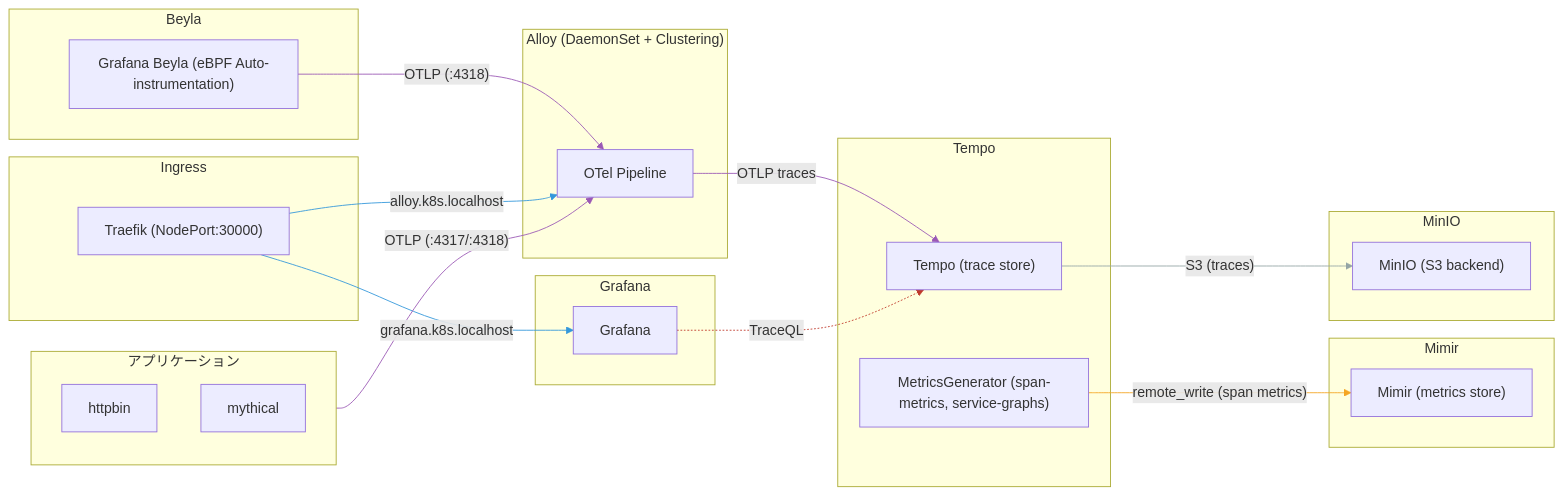
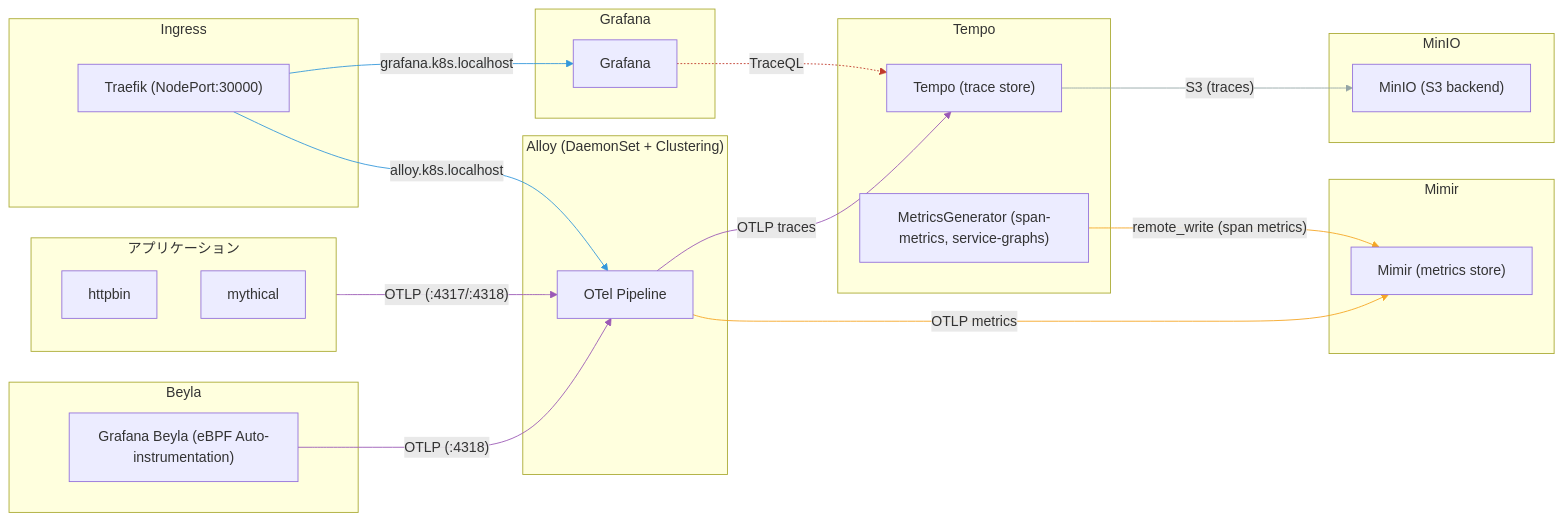
Before and after one commit to buzztaiki/sandbox: the third of 3 diagrams in k8s/alloy-kube-prom-stack/README.md, drawn with Mermaid. The commit also changed other lines of this file, not shown here.

Commit message:
refine diagrams: move otel metrics/tempo_mg to traces only

````diff
--- a/k8s/alloy-kube-prom-stack/README.md
+++ b/k8s/alloy-kube-prom-stack/README.md
@@ -162,57 +143,58 @@
 ```mermaid
 graph LR
     subgraph apps["アプリケーション"]
         httpbin["httpbin"]
         mythical["mythical"]
     end
 
     subgraph beyla_ns["Beyla"]
         beyla["Grafana Beyla (eBPF Auto-instrumentation)"]
     end
 
     subgraph alloy_ns["Alloy (DaemonSet + Clustering)"]
         alloy_otel["OTel Pipeline"]
     end
 
     subgraph tempo_ns["Tempo"]
         tempo["Tempo (trace store)"]
         tempo_mg["MetricsGenerator (span-metrics, service-graphs)"]
     end
 
     subgraph mimir_ns["Mimir"]
         mimir["Mimir (metrics store)"]
     end
 
     subgraph minio_ns["MinIO"]
         minio["MinIO (S3 backend)"]
     end
 
     subgraph grafana_ns["Grafana"]
         grafana["Grafana"]
     end
 
     subgraph ingress["Ingress"]
         traefik["Traefik (NodePort:30000)"]
     end
 
     beyla t1@-->|"OTLP (:4318)"| alloy_otel
     apps t2@-->|"OTLP (:4317/:4318)"| alloy_otel
     alloy_otel t3@-->|"OTLP traces"| tempo
+    alloy_otel m2@-->|"OTLP metrics"| mimir
     tempo_mg m1@-->|"remote_write (span metrics)"| mimir
     tempo s1@-->|"S3 (traces)"| minio
     grafana r1@-.->|"TraceQL"| tempo
     traefik i1@-->|"grafana.k8s.localhost"| grafana
     traefik i2@-->|"alloy.k8s.localhost"| alloy_otel
 
     classDef traces stroke:#9b59b6
     classDef metrics stroke:#f5a623
     classDef storage stroke:#95a5a6
     classDef read stroke:#c0392b
     classDef ingress stroke:#3498db
 
     class t1,t2,t3 traces
-    class m1 metrics
+    class m1,m2 metrics
     class s1 storage
     class r1 read
     class i1,i2 ingress
 ```
````
